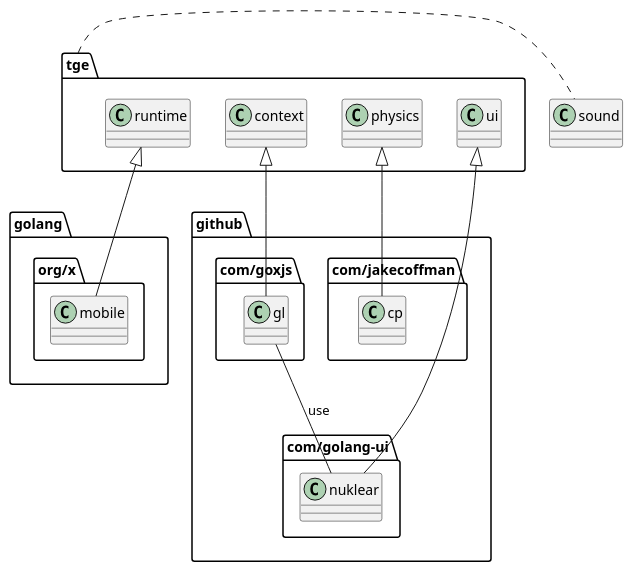
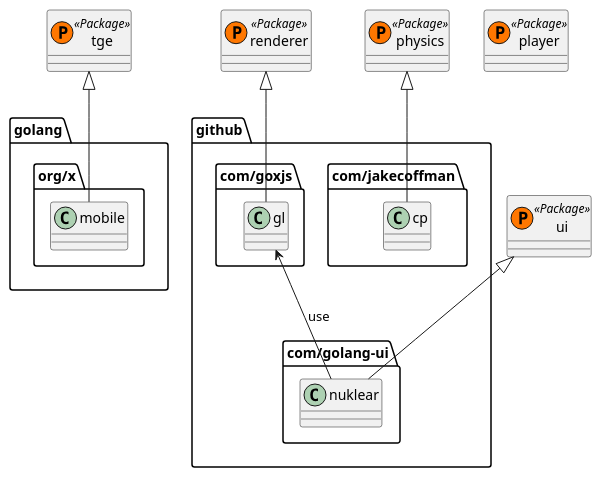
Before and after one commit to Thommil/tge: the diagram in specs/mobile-impl.puml, drawn with PlantUML. The commit also changed 21 other files, not shown here.

```diff
--- a/specs/mobile-impl.puml
+++ b/specs/mobile-impl.puml
@@ -2,8 +2,16 @@
 @startuml Mobile Implementation
-tge.runtime <|-- "golang.org/x.mobile"
-tge.context <|-- "github.com/goxjs.gl"
-tge.ui <|-- "github.com/golang-ui.nuklear"
-"github.com/goxjs.gl" -- "github.com/golang-ui.nuklear" : use
-tge.physics <|-- "github.com/jakecoffman.cp"
-tge.sound
+class tge << (P,#FF7700) Package >>
+tge <|-- "golang.org/x.mobile"
+
+class renderer << (P,#FF7700) Package >>
+renderer <|-- "github.com/goxjs.gl"
+
+class ui << (P,#FF7700) Package >>
+ui <|-- "github.com/golang-ui.nuklear"
+"github.com/goxjs.gl" <-- "github.com/golang-ui.nuklear" : use
+
+class physics << (P,#FF7700) Package >>
+physics <|-- "github.com/jakecoffman.cp"
+
+class player << (P,#FF7700) Package >>
 @enduml
```
